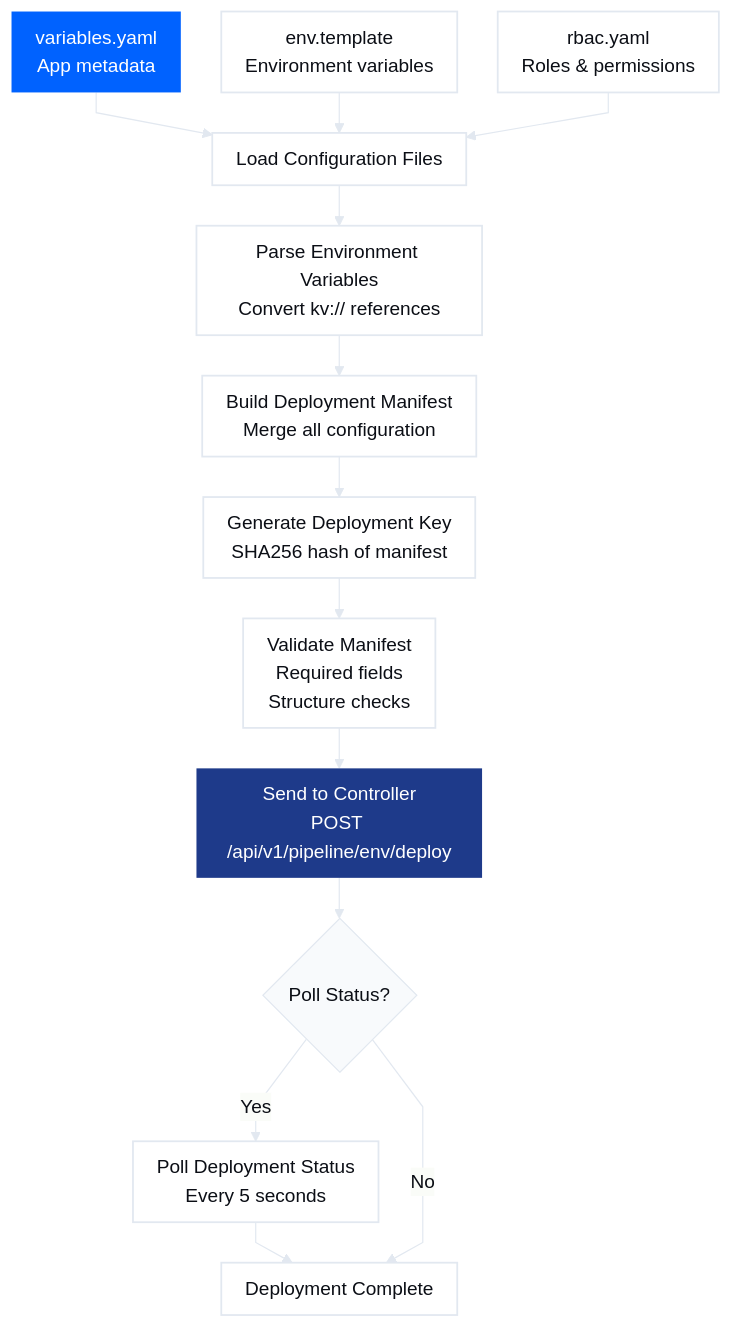
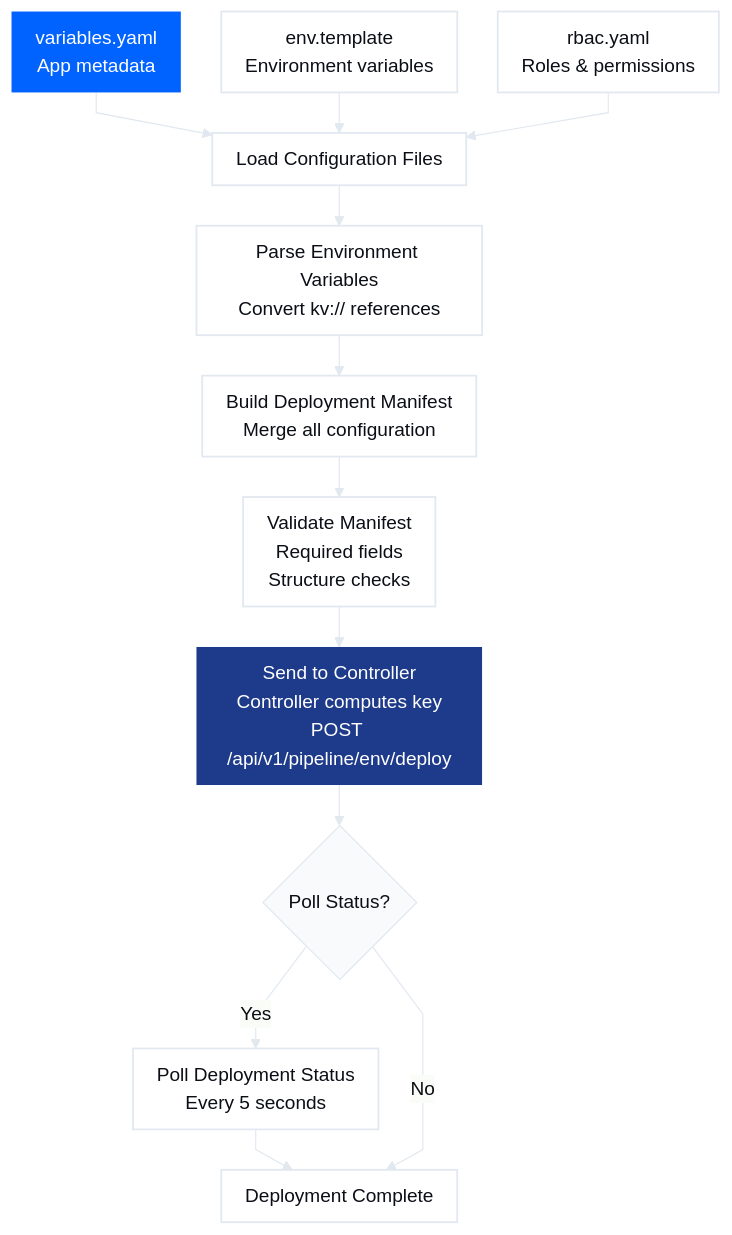
One commit to esystemsdev/aifabrix-builder changed the third of 4 diagrams in docs/deploying.md. Above: the diagram before and after it, drawn with Mermaid. The commit also changed other lines of this file and 114 other files, not shown here.

````diff
--- a/docs/deploying.md
+++ b/docs/deploying.md
@@ -810,49 +807,48 @@
 ```mermaid
 %%{init: {
   "theme": "base",
   "themeVariables": {
     "fontFamily": "Poppins, Arial Rounded MT Bold, Arial, sans-serif",
     "fontSize": "16px",
     "background": "#FFFFFF",
     "primaryColor": "#F8FAFC",
     "primaryTextColor": "#0B0E15",
     "primaryBorderColor": "#E2E8F0",
     "lineColor": "#E2E8F0",
     "textColor": "#0B0E15",
     "borderRadius": 16
   },
   "flowchart": {
     "curve": "linear",
     "nodeSpacing": 34,
     "rankSpacing": 34,
     "padding": 10
   }
 }}%%
 
 flowchart TD
 
 %% =======================
 %% Styles
 %% =======================
 classDef base fill:#FFFFFF,color:#0B0E15,stroke:#E2E8F0,stroke-width:1.5px;
 classDef medium fill:#1E3A8A,color:#ffffff,stroke-width:0px;
 classDef primary fill:#0062FF,color:#ffffff,stroke-width:0px;
 
 %% =======================
 %% Flow
 %% =======================
 Variables[variables.yaml<br/>App metadata]:::primary --> Load[Load Configuration Files]:::base
 EnvTemplate[env.template<br/>Environment variables]:::base --> Load
 Rbac[rbac.yaml<br/>Roles & permissions]:::base --> Load
 
 Load --> Parse[Parse Environment Variables<br/>Convert kv:// references]:::base
 Parse --> Build[Build Deployment Manifest<br/>Merge all configuration]:::base
-Build --> GenKey[Generate Deployment Key<br/>SHA256 hash of manifest]:::base
-GenKey --> Validate[Validate Manifest<br/>Required fields<br/>Structure checks]:::base
-Validate --> Send[Send to Controller<br/>POST /api/v1/pipeline/env/deploy]:::medium
+Build --> Validate[Validate Manifest<br/>Required fields<br/>Structure checks]:::base
+Validate --> Send[Send to Controller<br/>Controller computes key<br/>POST /api/v1/pipeline/env/deploy]:::medium
 
 Send --> Poll{Poll Status?}
 Poll -->|Yes| PollStatus[Poll Deployment Status<br/>Every 5 seconds]:::base
 PollStatus --> Complete[Deployment Complete]:::base
 Poll -->|No| Complete
 ```
````
